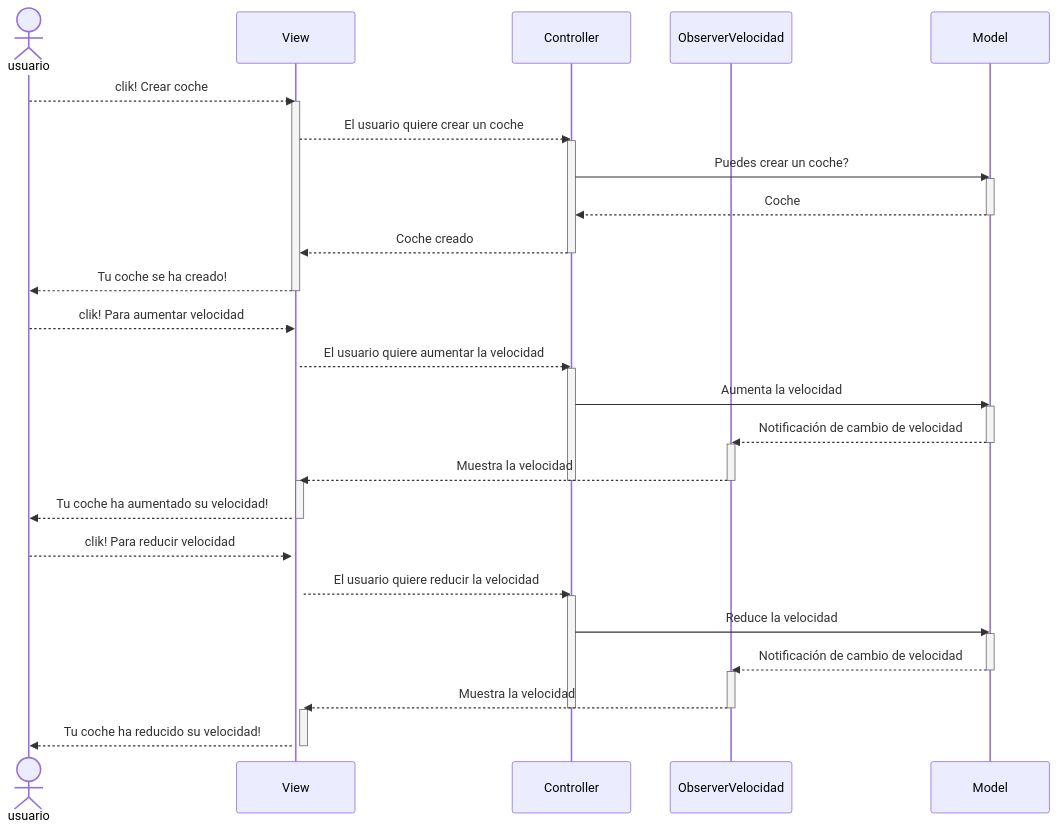
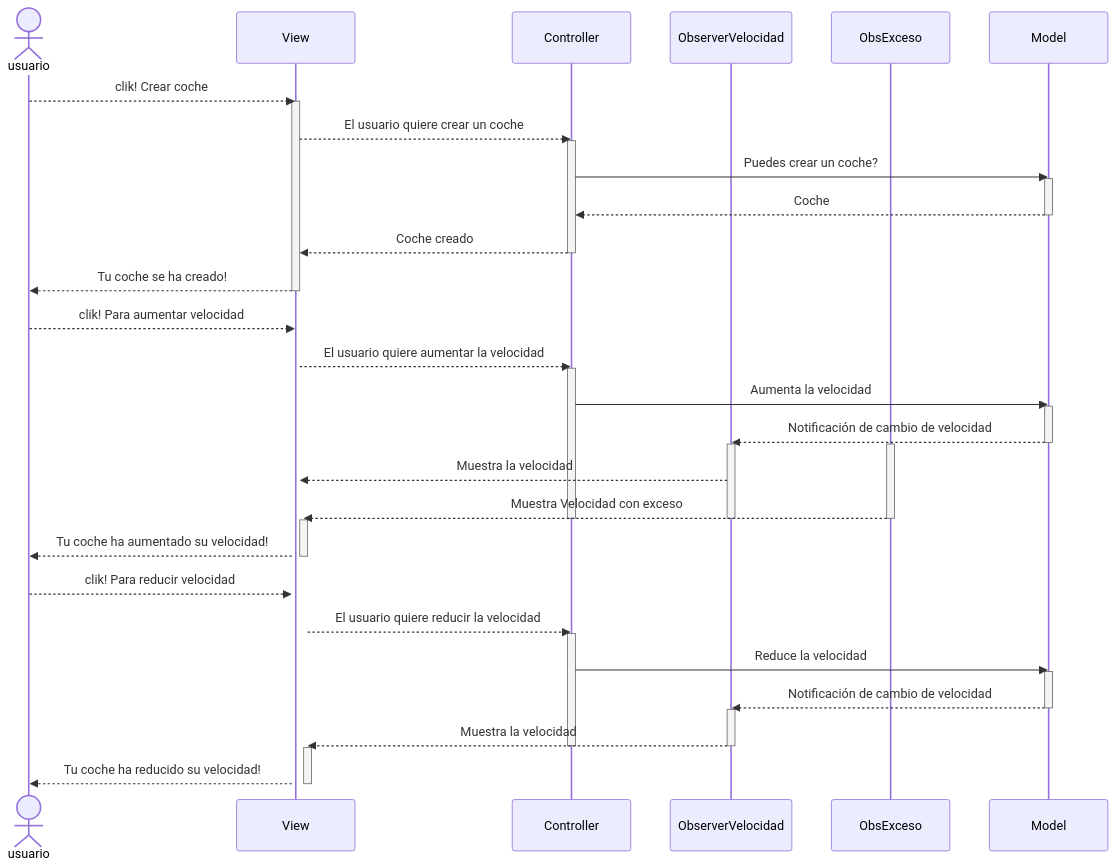
One commit to acasella03/MVC_coches changed the second of 3 diagrams in Readme.md. Above: the diagram before and after it, drawn with Mermaid. The commit also changed other lines of this file, not shown here.

````diff
--- a/Readme.md
+++ b/Readme.md
@@ -64,51 +66,55 @@
 ```mermaid
 sequenceDiagram
     actor usuario
     participant View
     participant Controller
     participant ObserverVelocidad
+    participant ObsExceso
     participant Model
     
     usuario-->>View: clik! Crear coche
     activate View
     View-->>Controller: El usuario quiere crear un coche
     activate Controller
     Controller->>Model: Puedes crear un coche?
     activate Model
     Model-->>Controller: Coche
     deactivate Model
     Controller-->>View: Coche creado
     deactivate Controller
     View-->>usuario: Tu coche se ha creado!
     deactivate View
     
     usuario-->>View: clik! Para aumentar velocidad
     activate View
     View-->>Controller: El usuario quiere aumentar la velocidad
     activate Controller
     Controller->>Model: Aumenta la velocidad
     activate Model
     Model-->>ObserverVelocidad: Notificación de cambio de velocidad
     deactivate Model
     activate ObserverVelocidad
+    activate ObsExceso
     ObserverVelocidad-->>+View: Muestra la velocidad
+    ObsExceso-->>+View: Muestra Velocidad con exceso
     deactivate ObserverVelocidad
+    deactivate ObsExceso
     deactivate Controller
     View-->>usuario: Tu coche ha aumentado su velocidad!
     deactivate View
     
     usuario-->>View: clik! Para reducir velocidad
     activate View
     View-->>Controller: El usuario quiere reducir la velocidad
     activate Controller
     Controller->>Model: Reduce la velocidad
     activate Model
     Model-->>ObserverVelocidad: Notificación de cambio de velocidad
     deactivate Model
     activate ObserverVelocidad
     ObserverVelocidad-->>+View: Muestra la velocidad
     deactivate ObserverVelocidad
     deactivate Controller
     View-->>usuario: Tu coche ha reducido su velocidad!
     deactivate View
 ```
````
